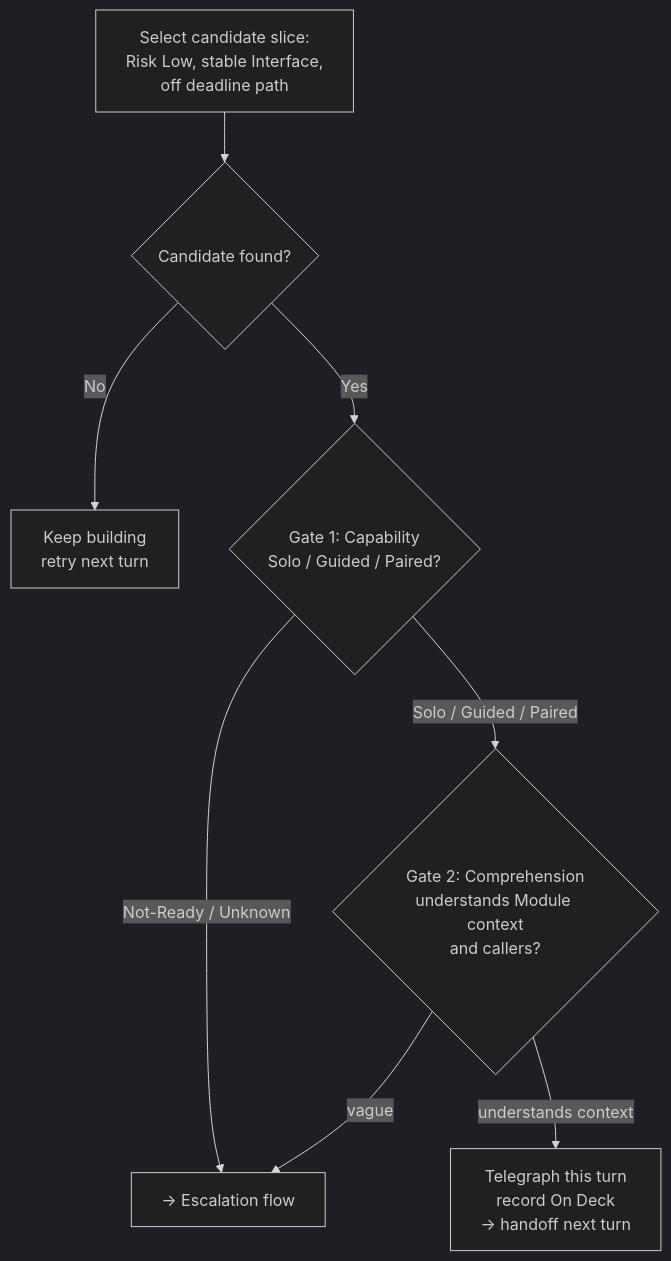
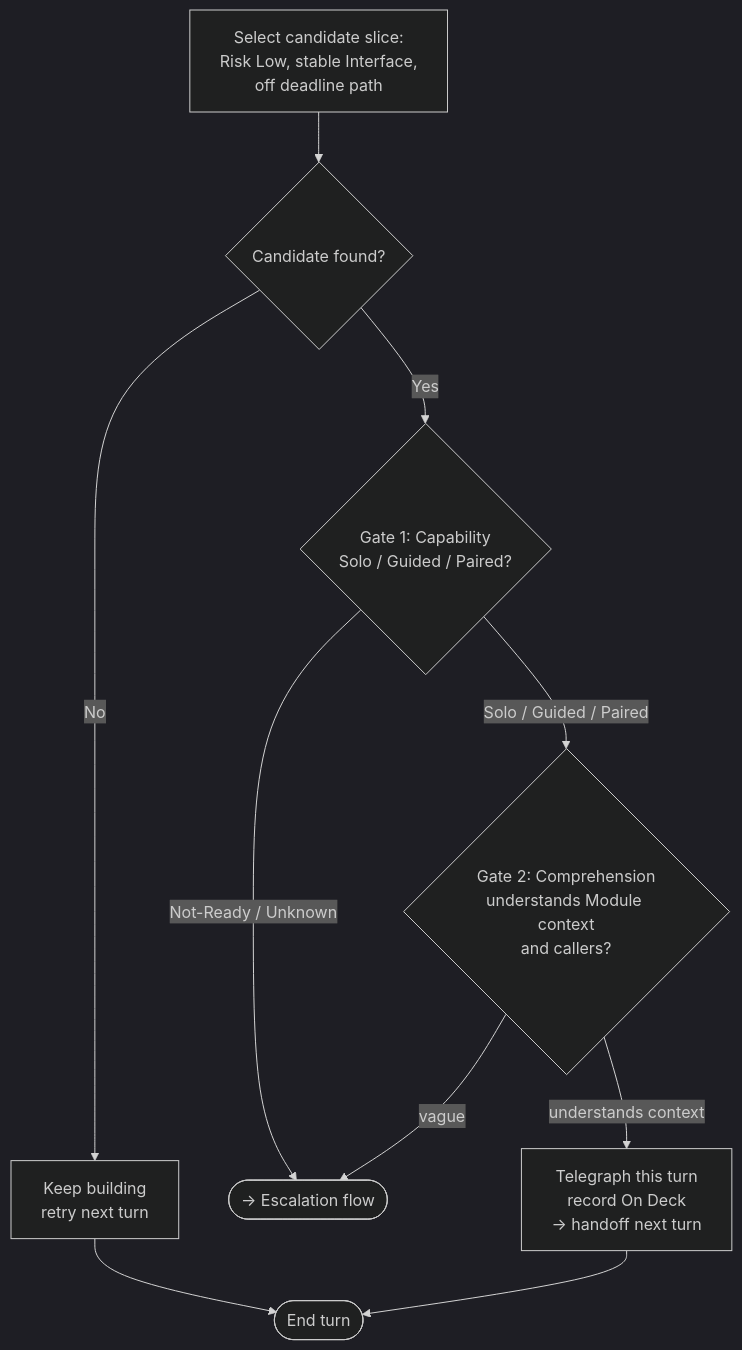
One commit to MegaByteMark/skills-to-pay-the-ai-bills changed the third of 5 diagrams in skills/vibe-code-antidote/SKILL.md. Above: the diagram before and after it, drawn with Mermaid (dark theme). The commit also changed other lines of this file and 2 other files, not shown here.

First line of the commit message:
fix: harden vibe-code-antidote diagrams, log schema, and escalation counters

````diff
--- a/skills/vibe-code-antidote/SKILL.md
+++ b/skills/vibe-code-antidote/SKILL.md
@@ -83,10 +86,12 @@
 ```mermaid
 flowchart TD
     SELECT[Select candidate slice:<br>Risk Low, stable Interface,<br>off deadline path] --> FOUND{Candidate found?}
     FOUND -->|No| KEEP[Keep building<br>retry next turn]
     FOUND -->|Yes| G1{Gate 1: Capability<br>Solo / Guided / Paired?}
-    G1 -->|Not-Ready / Unknown| ESC[→ Escalation flow]
+    G1 -->|Not-Ready / Unknown| ESC([→ Escalation flow])
     G1 -->|Solo / Guided / Paired| G2{Gate 2: Comprehension<br>understands Module context<br>and callers?}
     G2 -->|vague| ESC
     G2 -->|understands context| TELE[Telegraph this turn<br>record On Deck<br>→ handoff next turn]
+    KEEP --> END([End turn])
+    TELE --> END
 ```
````
